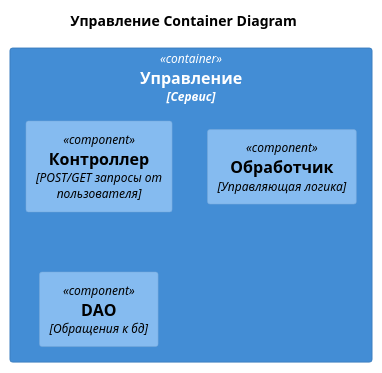
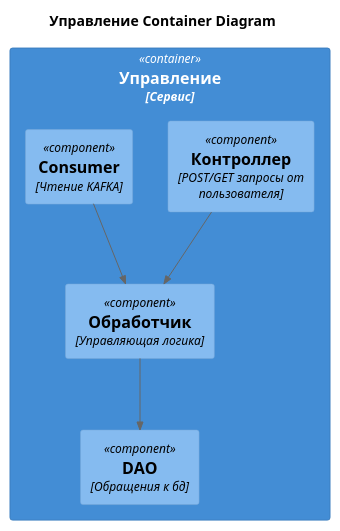
One commit to gyngazov/architecture-sprint-3 changed the diagram in smart-home-monolith/diagrams/component/Manager.puml. Above: the diagram before and after it, drawn with PlantUML. The commit also changed 3 other files, not shown here.

```diff
--- a/smart-home-monolith/diagrams/component/Manager.puml
+++ b/smart-home-monolith/diagrams/component/Manager.puml
@@ -1,14 +1,18 @@
 @startuml
 
 title Управление Container Diagram
 
 top to bottom direction
 
 !includeurl https://raw.githubusercontent.com/RicardoNiepel/C4-PlantUML/master/C4_Component.puml
 
 Container(vsrv, "Управление", "Сервис") {
     Component(ctrl, "Контроллер", "POST/GET запросы от пользователя")
-    Component(lgc, "Обработчик", "Управляющая логика")
+    Component(log, "Обработчик", "Управляющая логика")
     Component(prd, "DAO", "Обращения к бд")
+    Component(cns, "Consumer", "Чтение KAFKA")
 }
+Rel(ctrl, log, "")
+Rel(log, prd, "")
+Rel(cns, log, "")
 @enduml
```
